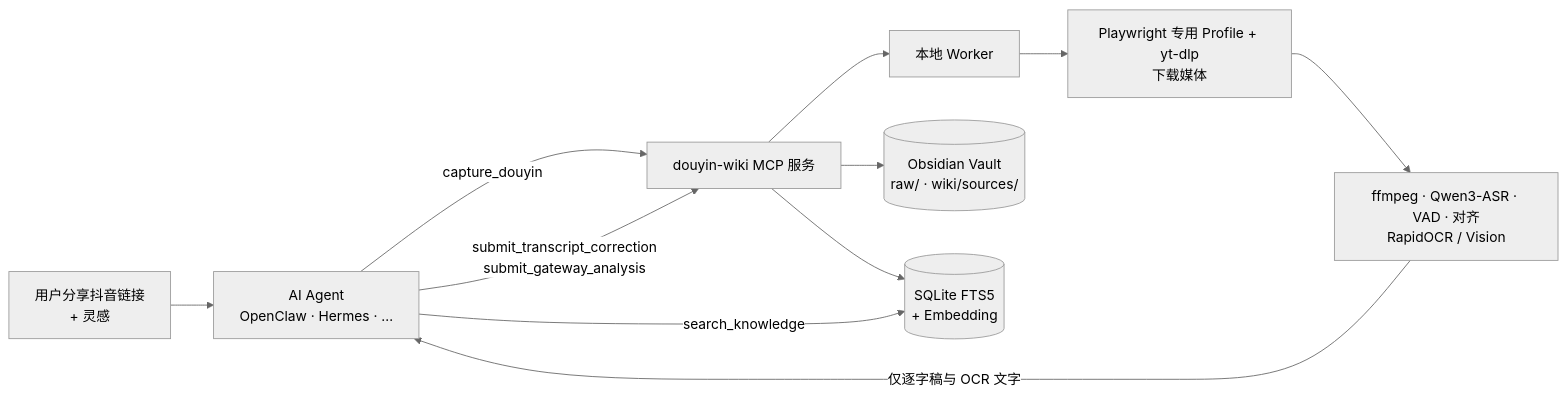
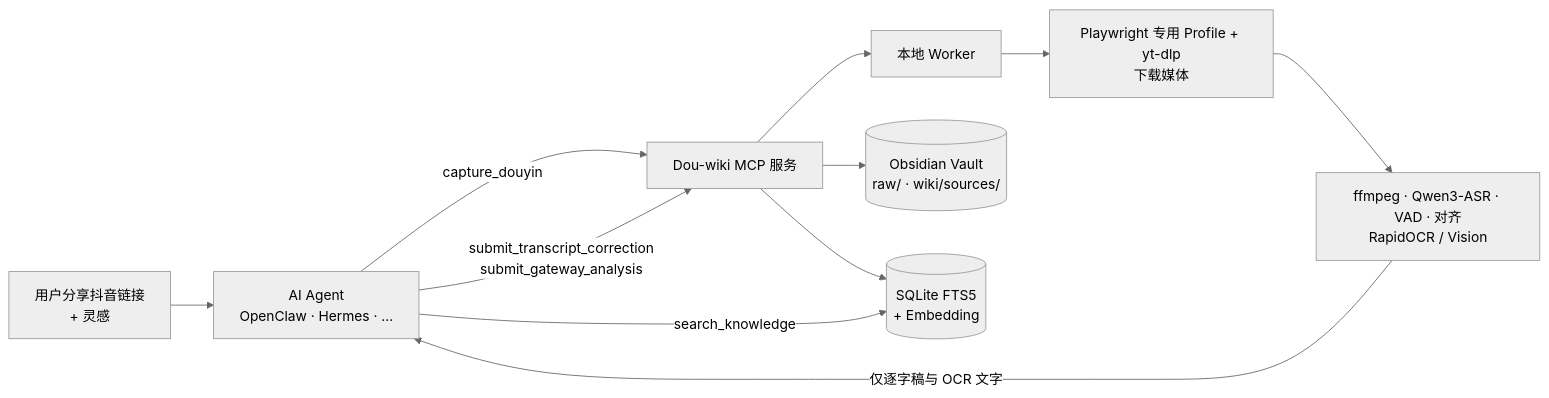
One commit to WYgao29/Dou-wiki changed the diagram in README.zh-CN.md. Above: the diagram before and after it, drawn with Mermaid (neutral theme). The commit also changed other lines of this file and 4 other files, not shown here.

Commit message:
docs: rename project to Dou-wiki

````diff
--- a/README.zh-CN.md
+++ b/README.zh-CN.md
@@ -46,13 +52,13 @@
 ```mermaid
 flowchart LR
   U[用户分享抖音链接<br/>+ 灵感] --> A[AI Agent<br/>OpenClaw · Hermes · …]
-  A -- capture_douyin --> M[douyin-wiki MCP 服务]
+  A -- capture_douyin --> M[Dou-wiki MCP 服务]
   M --> W[本地 Worker]
   W --> D[Playwright 专用 Profile + yt-dlp<br/>下载媒体]
   D --> T[ffmpeg · Qwen3-ASR · VAD · 对齐<br/>RapidOCR / Vision]
   T -- 仅逐字稿与 OCR 文字 --> A
   A -- submit_transcript_correction<br/>submit_gateway_analysis --> M
   M --> V[(Obsidian Vault<br/>raw/ · wiki/sources/)]
   M --> S[(SQLite FTS5<br/>+ Embedding)]
   A -- search_knowledge --> S
 ```
````
